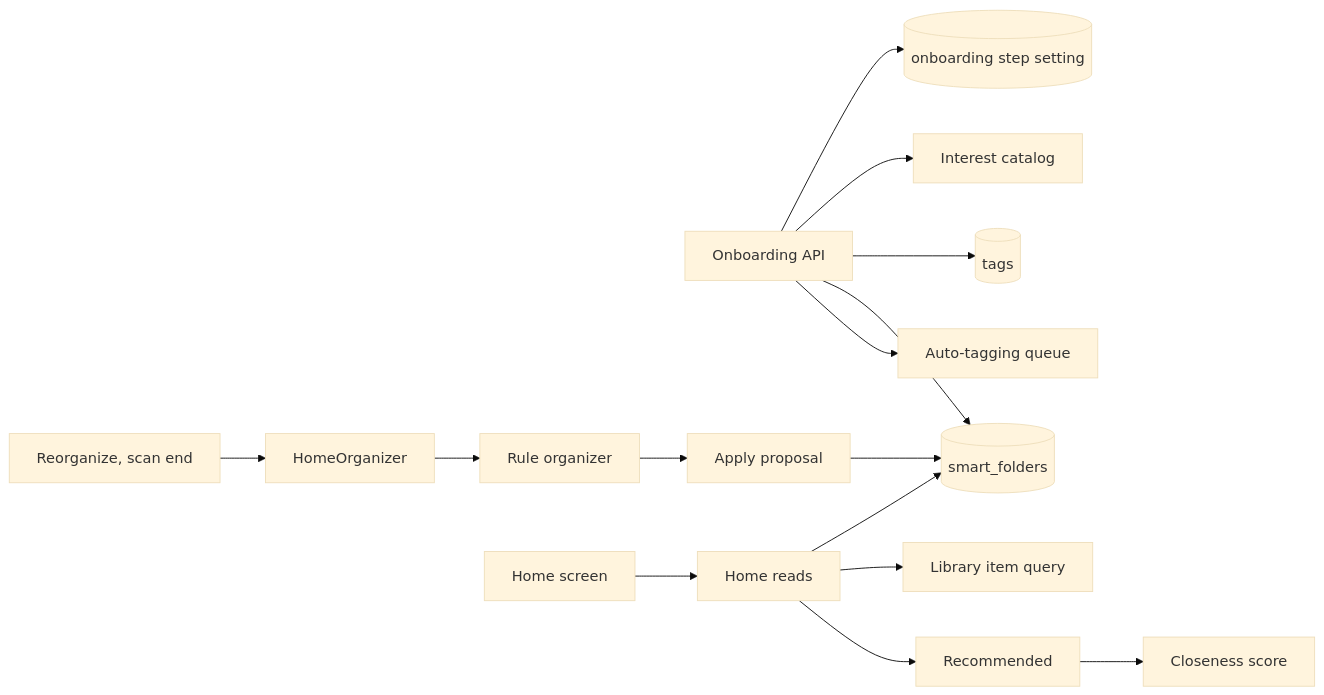
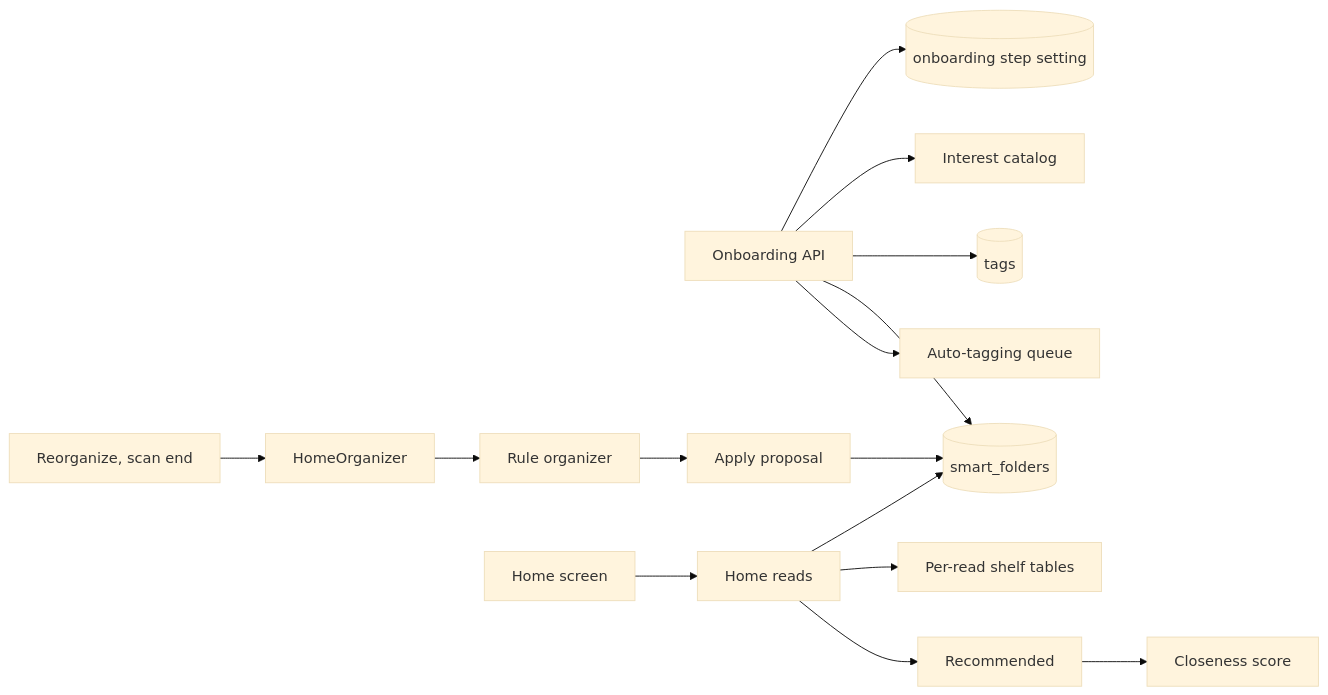
The first of 2 diagrams in specs/057-home/plan.md (syudead/vv), drawn with Mermaid (base theme) before and after one commit. The commit also changed other lines of this file and 2 other files, not shown here.

First line of the commit message:
docs(057): revise R-12 for the per-read shelf tables

````diff
--- a/specs/057-home/plan.md
+++ b/specs/057-home/plan.md
@@ -21,17 +21,17 @@
 ```mermaid
 flowchart LR
   ob[Onboarding API] --> step[(onboarding step setting)]
   ob --> interests[Interest catalog]
   ob --> tags[(tags)]
   ob --> sf[(smart_folders)]
   ob --> autotag[Auto-tagging queue]
   triggers[Reorganize, scan end] --> org[HomeOrganizer]
   org --> rules[Rule organizer]
   rules --> apply[Apply proposal]
   apply --> sf
   home[Home screen] --> read[Home reads]
   read --> sf
-  read --> items[Library item query]
+  read --> tables[Per-read shelf tables]
   read --> rec[Recommended]
   rec --> score[Closeness score]
 ```
````
